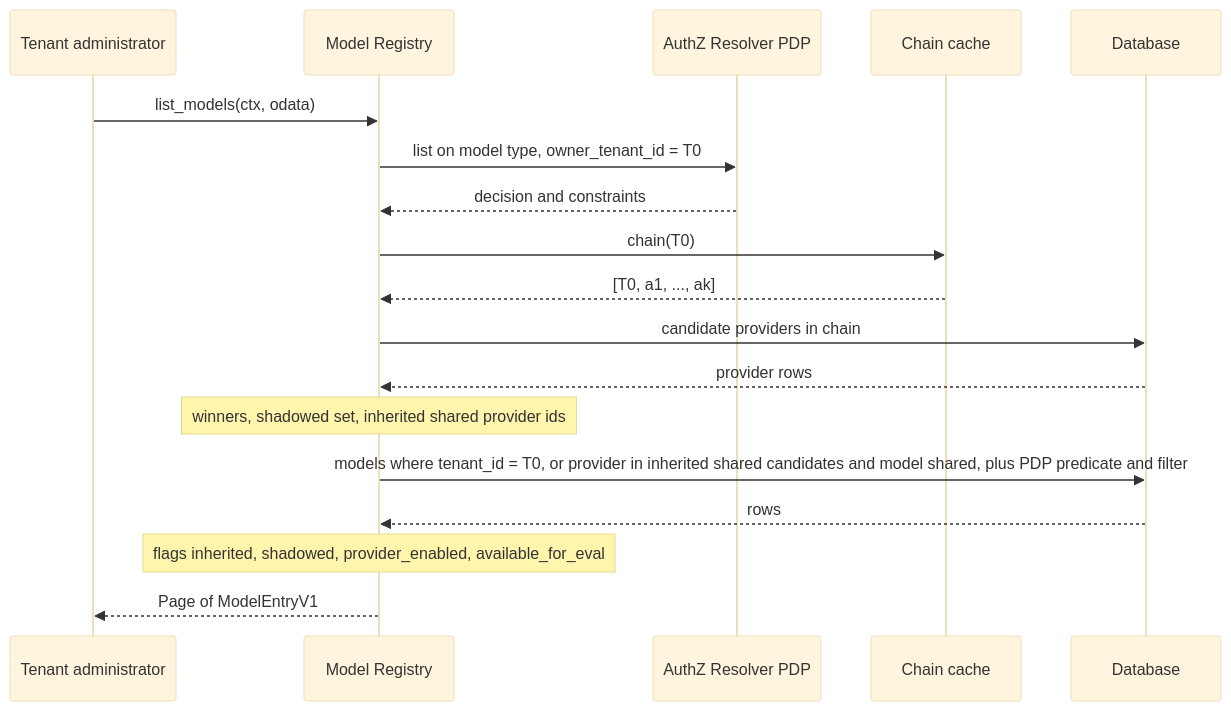
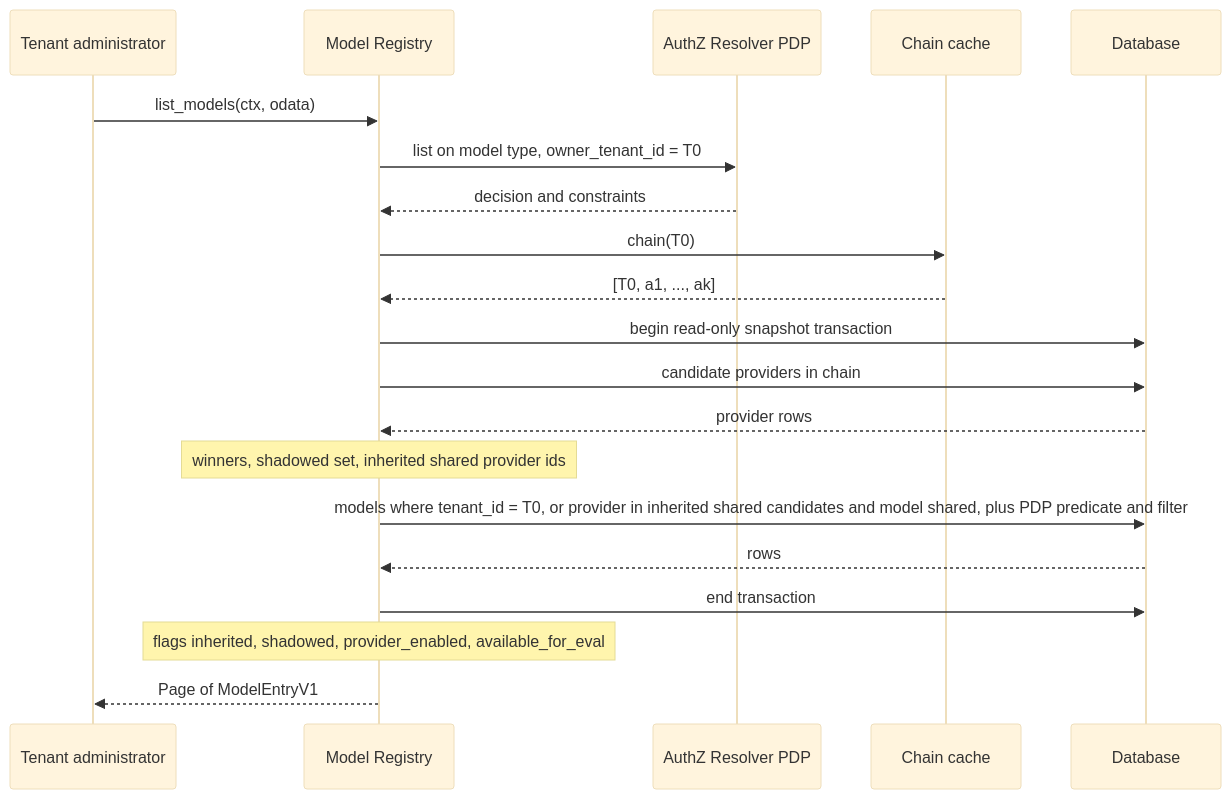
Before and after one commit to constructorfabric/gears-rust: the eighth of 9 diagrams in gears/model-registry/docs/DESIGN.md, drawn with Mermaid (base theme). The commit also changed other lines of this file and 5 other files, not shown here.

````diff
--- a/gears/model-registry/docs/DESIGN.md
+++ b/gears/model-registry/docs/DESIGN.md
@@ -1093,21 +1164,23 @@
 ```mermaid
 sequenceDiagram
     participant A as Tenant administrator
     participant MR as Model Registry
     participant PDP as AuthZ Resolver PDP
     participant CC as Chain cache
     participant DB as Database
 
     A->>MR: list_models(ctx, odata)
     MR->>PDP: list on model type, owner_tenant_id = T0
     PDP-->>MR: decision and constraints
     MR->>CC: chain(T0)
     CC-->>MR: [T0, a1, ..., ak]
+    MR->>DB: begin read-only snapshot transaction
     MR->>DB: candidate providers in chain
     DB-->>MR: provider rows
     Note over MR: winners, shadowed set, inherited shared provider ids
     MR->>DB: models where tenant_id = T0, or provider in inherited shared candidates and model shared, plus PDP predicate and filter
     DB-->>MR: rows
+    MR->>DB: end transaction
     Note over MR: flags inherited, shadowed, provider_enabled, available_for_eval
     MR-->>A: Page of ModelEntryV1
 ```
````
